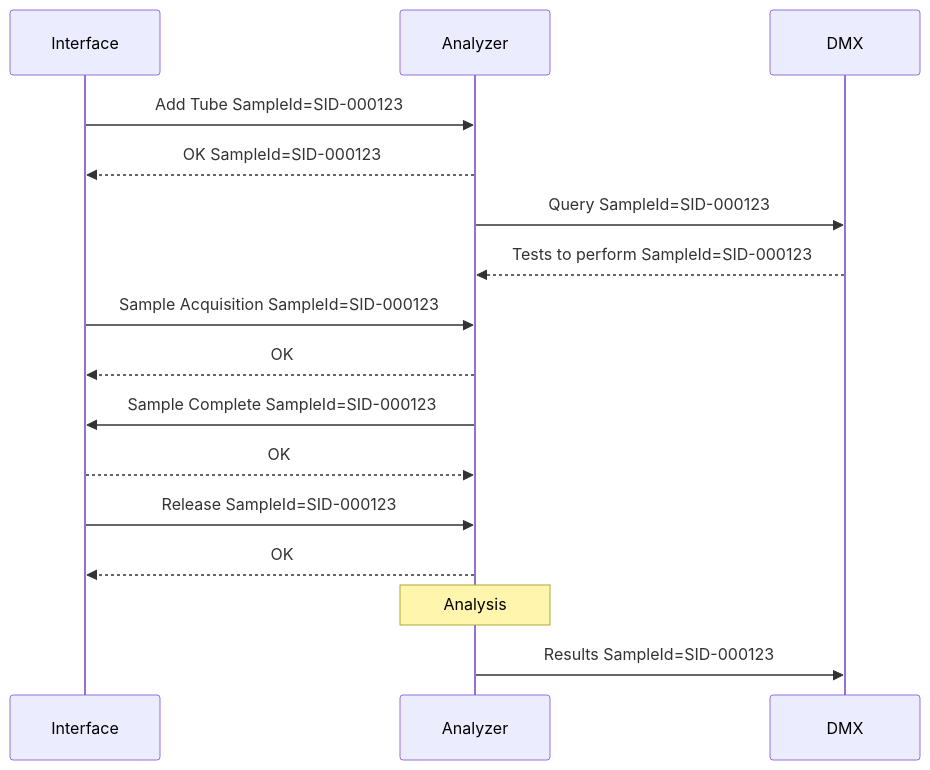
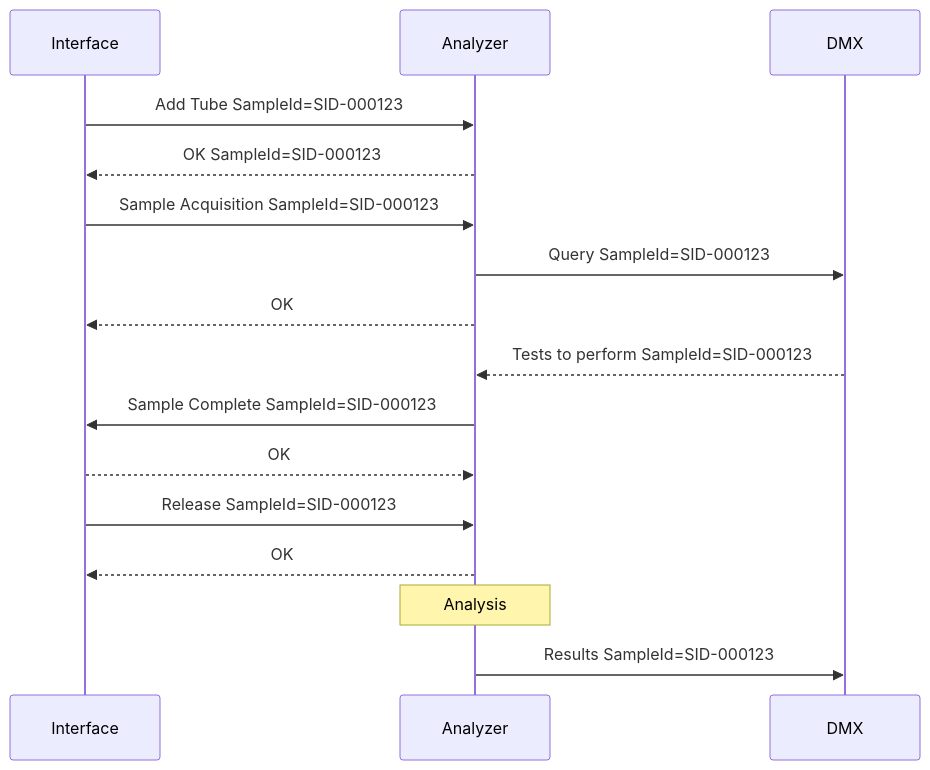
One commit to specialk74/trackviz changed the diagram in scenes/01_prepare_sample_release.mmd. Above: the diagram before and after it, drawn with Mermaid. The commit also changed 31 other files, not shown here.

```diff
--- a/scenes/01_prepare_sample_release.mmd
+++ b/scenes/01_prepare_sample_release.mmd
@@ -1,88 +1,61 @@
 %% # Scene 01 — single carrier with tube, happy path
 %% # Prepare -> Sample Acquisition -> Sample Complete -> Release
 %% # Carrier flow: right to left, Pit-Lane above the Main-Lane.
 %% # Coordinates are in a fixed 1920x1080 space (track panel: x 30..950, y 120..885).
 %% geometry sampling
 %% subtitle Single carrier with sample tube — happy path
 sequenceDiagram
     participant IF as Interface
     participant AN as Analyzer
     participant DMX as DMX
 
-    %% carrier C1 SID-000123 route=main_in,nsd,pit_in,sampling,pit_out,merge,main_out speed=75
+    %% carrier C1 SID-000123 route=main_in,nsd,pit_in,sampling,pit_out,merge,main_out
 
-    %% at 0
     %% caption 1 · Main-Lane | A carrier holding a sample tube travels along the Main-Lane towards the analyzer interface.
-    %% at 1
-    %% move C1 to nsd ease=in
-    %% when C1 at nsd
-    %% caption 2 · Diverted — Prepare | The carrier is diverted into the Pit-Lane without stopping. At this moment the interface sends Prepare to the analyzer.
-    %% when C1 at nsd
+    %% at 2.2
+    %% move C1 to sampling
+    %% on antenna1 C1
+    %% caption 2 · Diverted — Prepare — Sample Acquisition | The carrier is diverted into the Pit-Lane without stopping and the interface sends Prepare. The gate stops it on the sampling point: the interface sends Sample Acquisition, the tube can be aspirated.
+    %% on antenna1 C1
     %% highlight nsd duration=2
-    %% when C1 at nsd
-    %% move C1 to sampling ease=out
     %% on antenna1
     IF->>AN: Add Tube SampleId=SID-000123
-    %% after 0.5 Add Tube C1
+    %% after 0.1
     AN-->>IF: OK SampleId=SID-000123
-    %% when sample_ok C1 arrived
-    %% delay 1.8
-    %% caption 3 · Test query | After Prepare, the analyzer queries DMX (LIS) to know which tests must be performed on this sample.
-    %% when sample_ok C1 arrived
-    %% delay 2.1
+    %% on antenna2
+    IF->>AN: Sample Acquisition SampleId=SID-000123
+    %% after 0.1 OK C1
     AN->>DMX: Query SampleId=SID-000123
-    %% when query C1 sent
-    %% delay 2
-    DMX-->>AN: Tests to perform SampleId=SID-000123
-    %% when tests C1 arrived
-    %% delay 0.6
-    %% caption 4 · Sampling point — Sample Acquisition | The carrier stops at the sampling point. The interface sends Sample Acquisition: the tube is in position and can be aspirated.
-    %% when C1 at sampling
-    %% delay 1.45
-    IF->>AN: Sample Acquisition SampleId=SID-000123
-    %% when sample_acquisition C1 arrived
-    %% delay 0.1
+    %% after 0.1 Sample Acquisition C1
     %% for C1
     AN-->>IF: OK
-    %% when sample_acquisition C1 arrived
-    %% delay 2
-    %% caption 5 · Pipetting | The analyzer aspirates the biological material from the tube. Meanwhile the carrier is held at the sampling point.
-    %% when analyzer_ok C1 arrived
-    %% delay 0.1
+    %% after 0.1 Query C1
+    DMX-->>AN: Tests to perform SampleId=SID-000123
+    %% after 0.1 OK C1
+    %% caption 3 · Test query — Pipetting | After the reply to Prepare the analyzer has asked DMX (LIS) which tests to perform. Now it aspirates the biological material from the tube, while the gate holds the carrier at the sampling point.
+    %% after 0.1 OK C1
     %% pipette sp duration=4.5
-    %% when pipette sp done
-    %% delay 0.3
-    %% caption 6 · Sample Complete | When aspiration is finished the analyzer sends Sample Complete. Only after receiving it does the interface release the carrier.
-    %% when pipette sp done
-    %% delay 0.6
+    %% after 0.3
+    %% caption 4 · Sample Complete | When aspiration is finished the analyzer sends Sample Complete. Only after receiving it does the interface release the carrier.
+    %% after 0.3 pipette sp
     AN->>IF: Sample Complete SampleId=SID-000123
-    %% when sample_complete C1 arrived
-    %% delay 0.1
+    %% after 0.1
     %% for C1
     IF-->>AN: OK
-    %% when sample_complete C1 arrived
-    %% delay 2.8
-    %% caption 7 · Carrier released | The interface releases the carrier: it leaves the Pit-Lane and heads back to the Main-Lane.
-    %% when interface_ok C1 sent
-    %% delay 3.1
-    %% move C1 to merge ease=in
-    %% when C1 at merge
-    %% move C1 to main_out ease=out
-    %% when C1 at main_out
-    %% caption 8 · Release | As soon as the carrier with the tube has left the interface module, the interface sends Release: the sample has left the analyzer interface.
-    %% when C1 at main_out
+    %% after 0.1
+    %% caption 5 · Carrier released | The interface opens the gate: the carrier leaves the Pit-Lane and heads back to the Main-Lane.
+    %% after 0.1 OK C1
+    %% move C1 to main_out
+    %% on antenna3 C1
+    %% caption 6 · Release | As soon as the carrier with the tube has left the interface module, the interface sends Release: the sample has left the analyzer interface.
+    %% on antenna3
     IF->>AN: Release SampleId=SID-000123
-    %% when release C1 arrived
-    %% delay 0.1
+    %% after 0.1
     %% for C1
     AN-->>IF: OK
-    %% when C1 at main_out
-    %% delay 2.5
-    %% caption 9 · Results | Later, when the analysis is complete, the analyzer sends the results to DMX.
-    %% when C1 at main_out
-    %% delay 2.8
+    %% after 0.5
+    %% caption 7 · Results | Later, when the analysis is complete, the analyzer sends the results to DMX.
+    %% after 0.3
     %% duration 1.5
     Note over AN: Analysis
-    %% when C1 at main_out
-    %% delay 4.3
     AN->>DMX: Results SampleId=SID-000123
```
